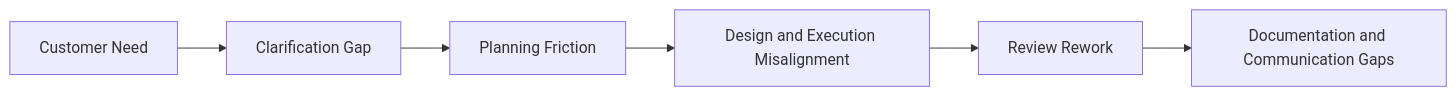
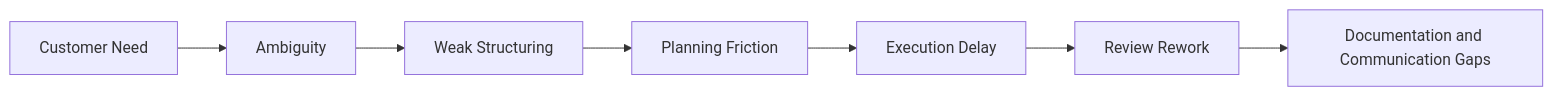
Before and after one commit to refat-asadullah-creolytix-dev/refat-asadullah-creolytix-dev: the second of 15 diagrams in creolytix-ai-delivery-model-github-safe.md, drawn with Mermaid. The commit also changed other lines of this file, not shown here.

````diff
--- a/creolytix-ai-delivery-model-github-safe.md
+++ b/creolytix-ai-delivery-model-github-safe.md
@@ -63,8 +63,9 @@
 ```mermaid
 flowchart LR
-    A[Customer Need] --> B[Clarification Gap]
-    B --> C[Planning Friction]
-    C --> D[Design and Execution Misalignment]
-    D --> E[Review Rework]
-    E --> F[Documentation and Communication Gaps]
+    A[Customer Need] --> B[Ambiguity]
+    B --> C[Weak Structuring]
+    C --> D[Planning Friction]
+    D --> E[Execution Delay]
+    E --> F[Review Rework]
+    F --> G[Documentation and Communication Gaps]
 ```
````
